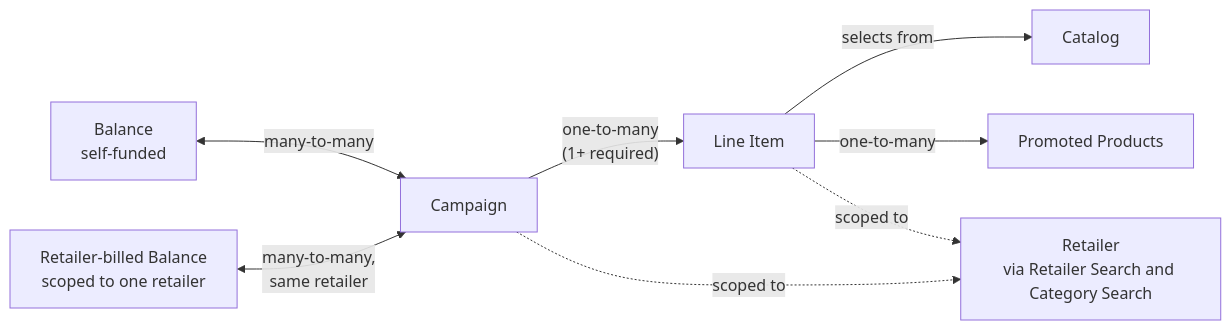
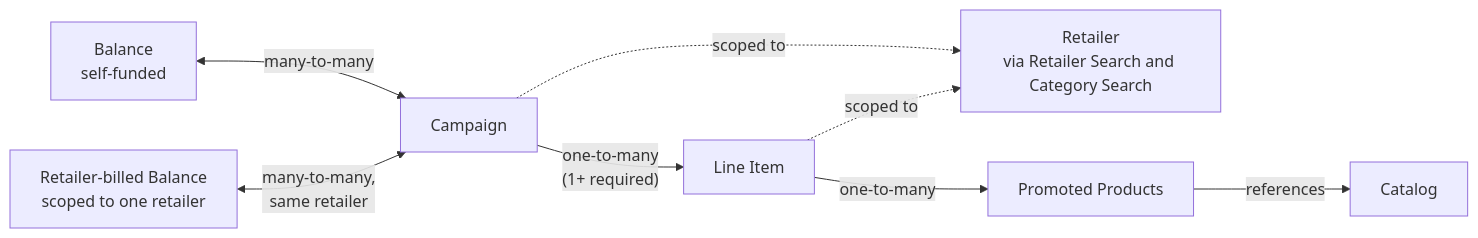
One commit to andrwstrauss/public-api-doc changed the diagram in retail-media/docs/campaign-management-overview.mdx. Above: the diagram before and after it, drawn with Mermaid. The commit also changed other lines of this file and 2 other files, not shown here.

First line of the commit message:
Fix catalog reference in entity model: Products point at Catalog, not Line Item

````diff
--- a/retail-media/docs/campaign-management-overview.mdx
+++ b/retail-media/docs/campaign-management-overview.mdx
@@ -12,18 +12,18 @@
 ```mermaid
 flowchart LR
     Retailer["Retailer<br/>via Retailer Search and Category Search"]
     Balance["Balance<br/>self-funded"]
     RBBalance["Retailer-billed Balance<br/>scoped to one retailer"]
     Campaign["Campaign"]
     LineItem["Line Item"]
     Catalog["Catalog"]
     Products["Promoted Products"]
 
     Balance <-->|many-to-many| Campaign
     RBBalance <-->|"many-to-many,<br/>same retailer"| Campaign
     Campaign -->|"one-to-many<br/>(1+ required)"| LineItem
-    LineItem -->|selects from| Catalog
     LineItem -->|one-to-many| Products
+    Products -->|references| Catalog
     Campaign -.->|scoped to| Retailer
     LineItem -.->|scoped to| Retailer
 ```
````
